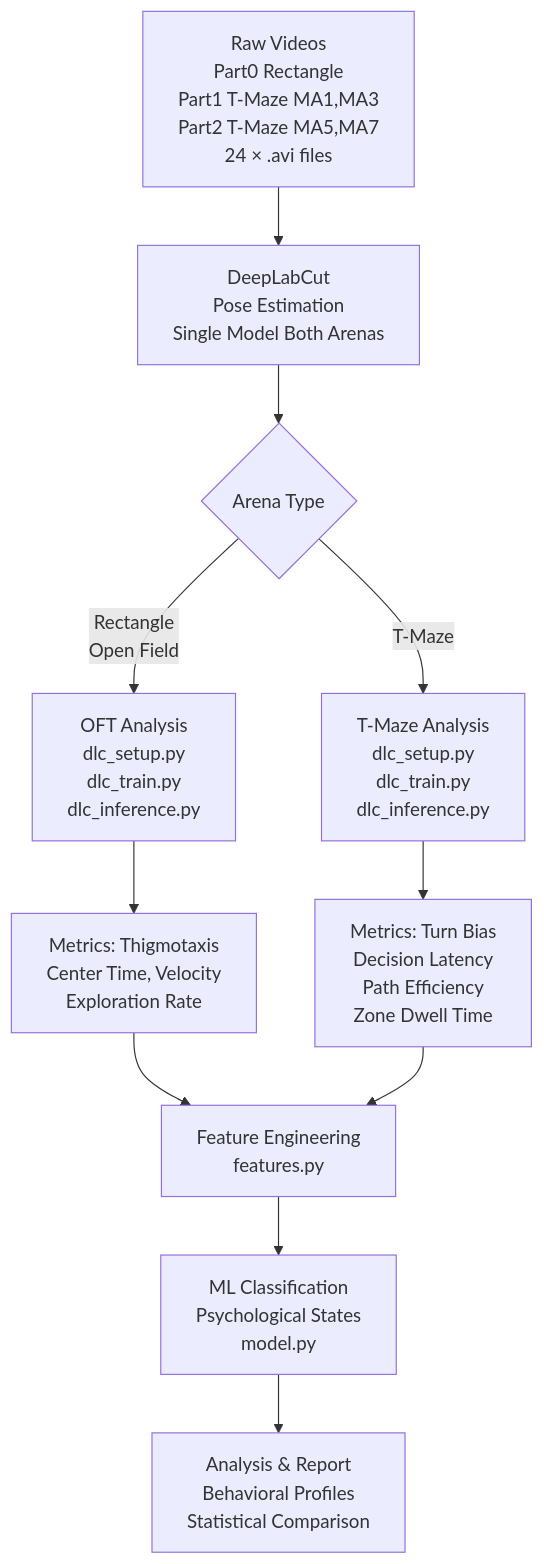
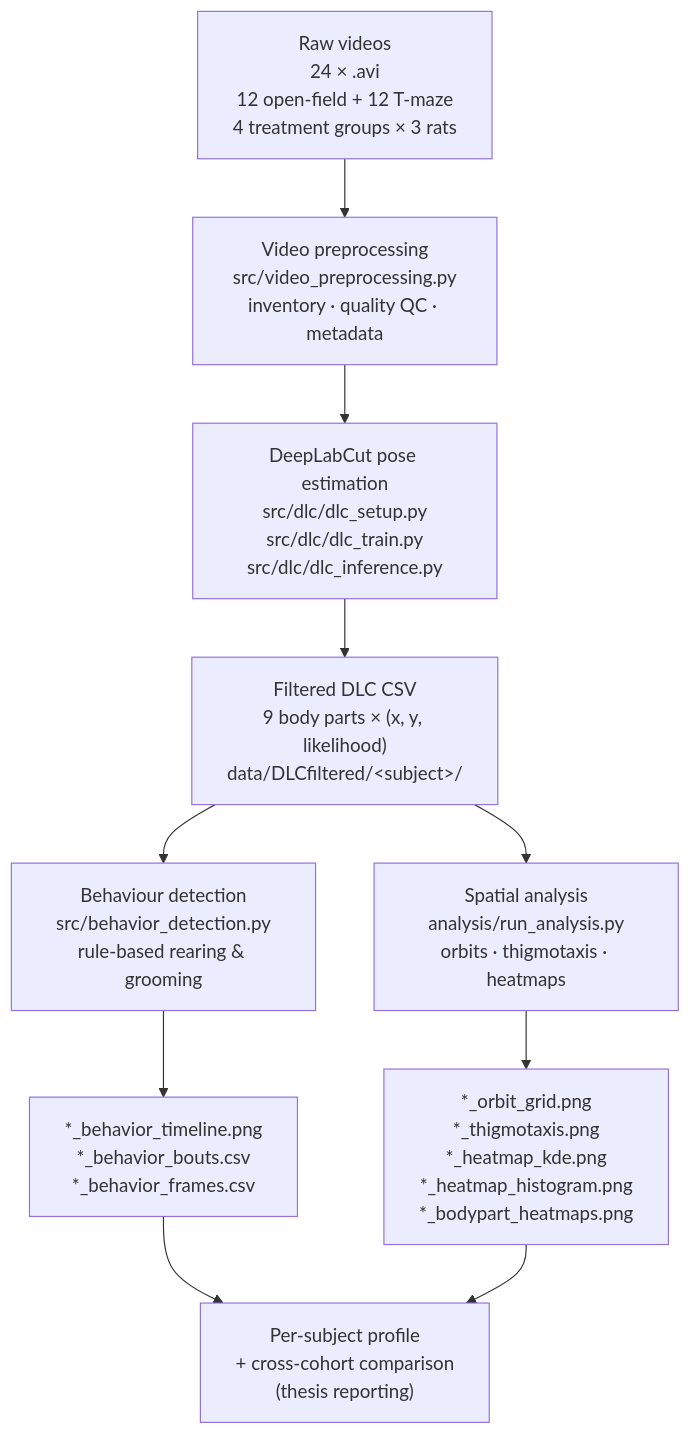
One commit to Kaankzlyar/RatBehaviorAnalyze changed the first of 3 diagrams in README.md. Above: the diagram before and after it, drawn with Mermaid. The commit also changed other lines of this file, not shown here.

First line of the commit message:
docs: overhaul README with pipeline diagrams, example outputs, treatment design

````diff
--- a/README.md
+++ b/README.md
@@ -21,19 +52,15 @@
 ```mermaid
 flowchart TD
-    A["Raw Videos<br/>Part0 Rectangle<br/>Part1 T-Maze MA1,MA3<br/>Part2 T-Maze MA5,MA7<br/>24 × .avi files"] --> B["DeepLabCut<br/>Pose Estimation<br/>Single Model Both Arenas"]
+    V["Raw videos<br/>24 × .avi<br/>12 open-field + 12 T-maze<br/>4 treatment groups × 3 rats"] --> P["Video preprocessing<br/>src/video_preprocessing.py<br/>inventory · quality QC · metadata"]
+    P --> D["DeepLabCut pose estimation<br/>src/dlc/dlc_setup.py<br/>src/dlc/dlc_train.py<br/>src/dlc/dlc_inference.py"]
+    D --> C["Filtered DLC CSV<br/>9 body parts × (x, y, likelihood)<br/>data/DLCfiltered/&lt;subject&gt;/"]
 
-    B --> C{"Arena Type"}
+    C --> B["Behaviour detection<br/>src/behavior_detection.py<br/>rule-based rearing &amp; grooming"]
+    C --> S["Spatial analysis<br/>analysis/run_analysis.py<br/>orbits · thigmotaxis · heatmaps"]
 
-    C -->|Rectangle<br/>Open Field| D["OFT Analysis<br/>dlc_setup.py<br/>dlc_train.py<br/>dlc_inference.py"]
-    C -->|T-Maze| E["T-Maze Analysis<br/>dlc_setup.py<br/>dlc_train.py<br/>dlc_inference.py"]
+    B --> O1["*_behavior_timeline.png<br/>*_behavior_bouts.csv<br/>*_behavior_frames.csv"]
+    S --> O2["*_orbit_grid.png<br/>*_thigmotaxis.png<br/>*_heatmap_kde.png<br/>*_heatmap_histogram.png<br/>*_bodypart_heatmaps.png"]
 
-    D --> F["Metrics: Thigmotaxis<br/>Center Time, Velocity<br/>Exploration Rate"]
-    E --> G["Metrics: Turn Bias<br/>Decision Latency<br/>Path Efficiency<br/>Zone Dwell Time"]
-
-    F --> H["Feature Engineering<br/>features.py"]
-    G --> H
-
-    H --> I["ML Classification<br/>Psychological States<br/>model.py"]
-
-    I --> J["Analysis & Report<br/>Behavioral Profiles<br/>Statistical Comparison"]
+    O1 --> R["Per-subject profile<br/>+ cross-cohort comparison<br/>(thesis reporting)"]
+    O2 --> R
 ```
````
